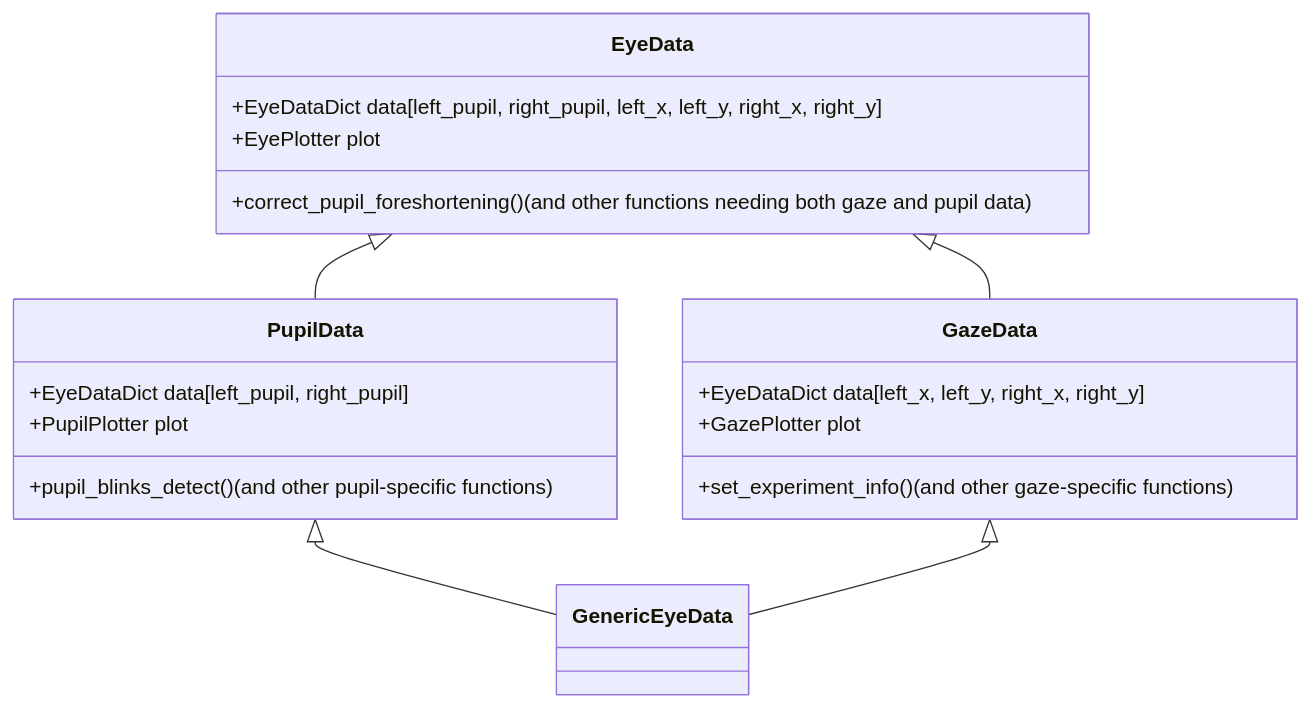
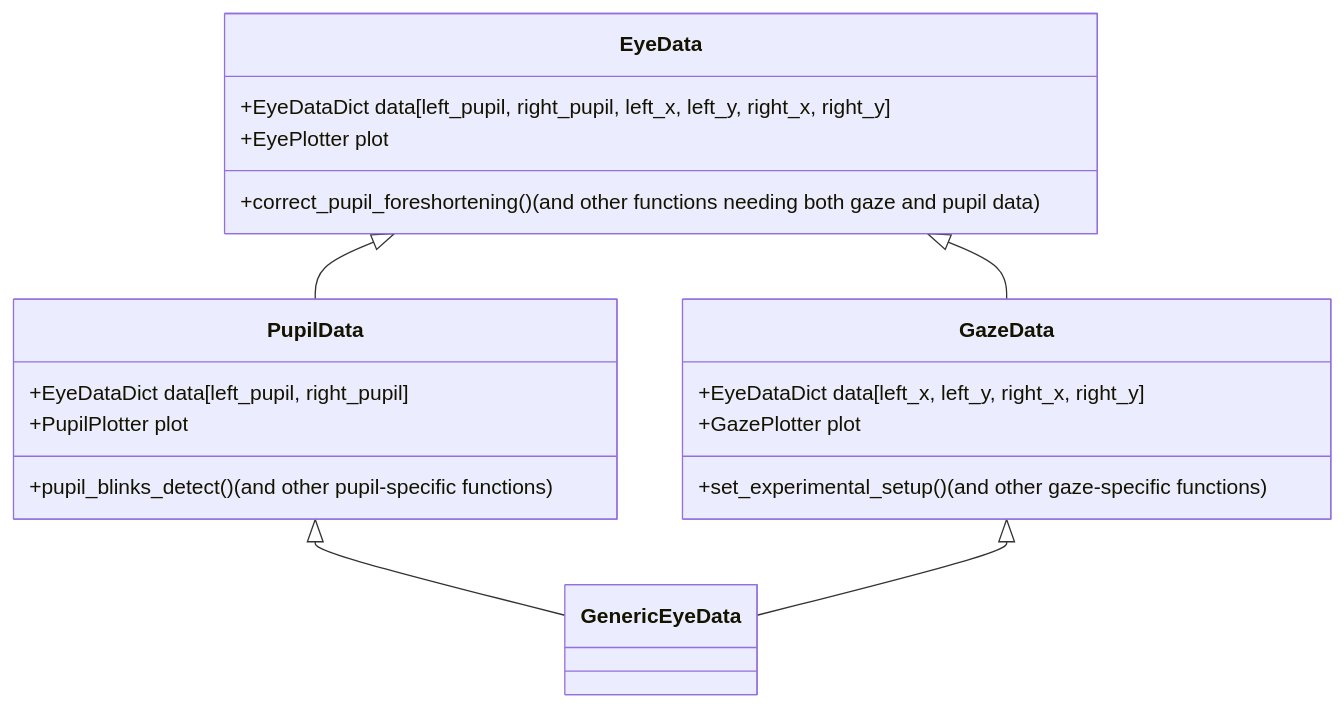
One commit to ihrke/pypillometry changed the diagram in docs/api.rst. Above: the diagram before and after it, drawn with Mermaid. The commit also changed 2 other files, not shown here.

Commit message:
Update documentation to use new ExperimentalSetup API

```diff
--- a/docs/api.rst
+++ b/docs/api.rst
@@ -18,17 +18,17 @@
 .. mermaid::
 
    classDiagram
     EyeData <|-- GazeData
     EyeData <|-- PupilData
     PupilData <|-- GenericEyeData
     GazeData <|-- GenericEyeData
 
     GazeData: +EyeDataDict data[left_x, left_y, right_x, right_y]
     GazeData: +GazePlotter plot
-    GazeData: +set_experiment_info() (and other gaze-specific functions)
+    GazeData: +set_experimental_setup() (and other gaze-specific functions)
     PupilData: +EyeDataDict data[left_pupil, right_pupil]
     PupilData: +PupilPlotter plot
     PupilData: +pupil_blinks_detect() (and other pupil-specific functions)
     EyeData: +EyeDataDict data[left_pupil, right_pupil, left_x, left_y, right_x, right_y]
     EyeData: +EyePlotter plot
     EyeData: +correct_pupil_foreshortening() (and other functions needing both gaze and pupil data)
```
